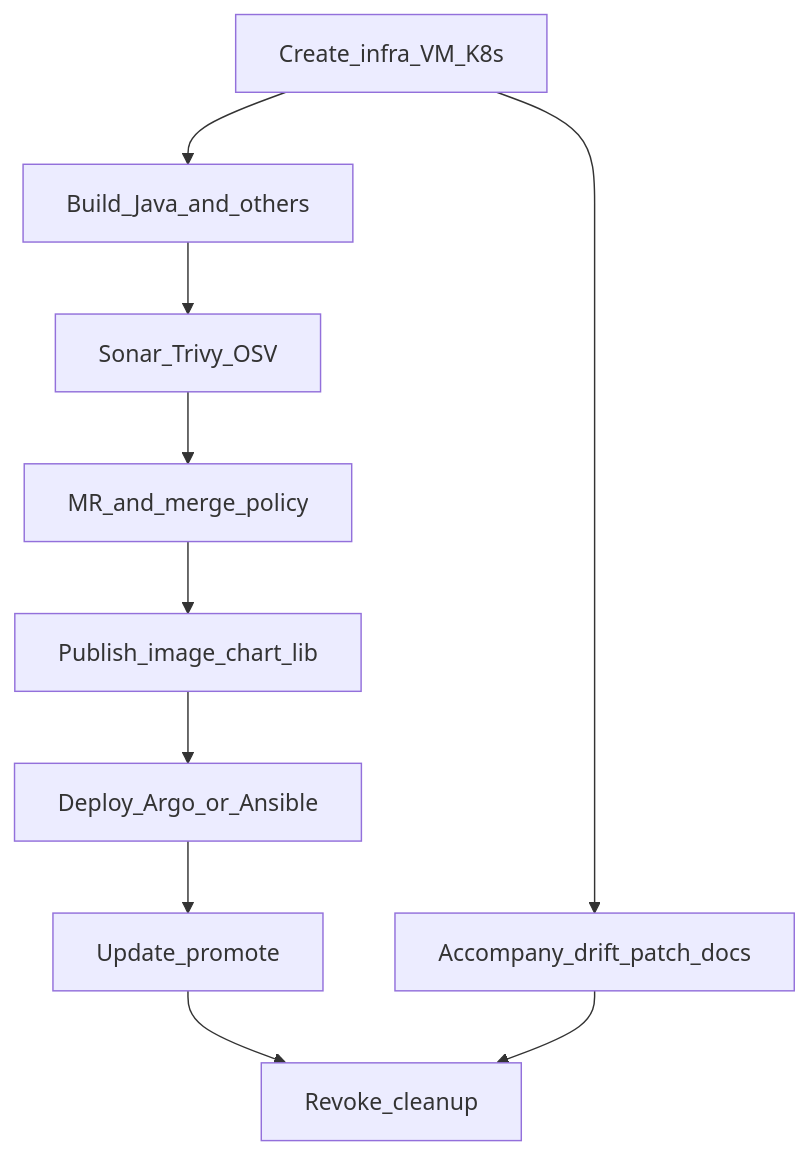
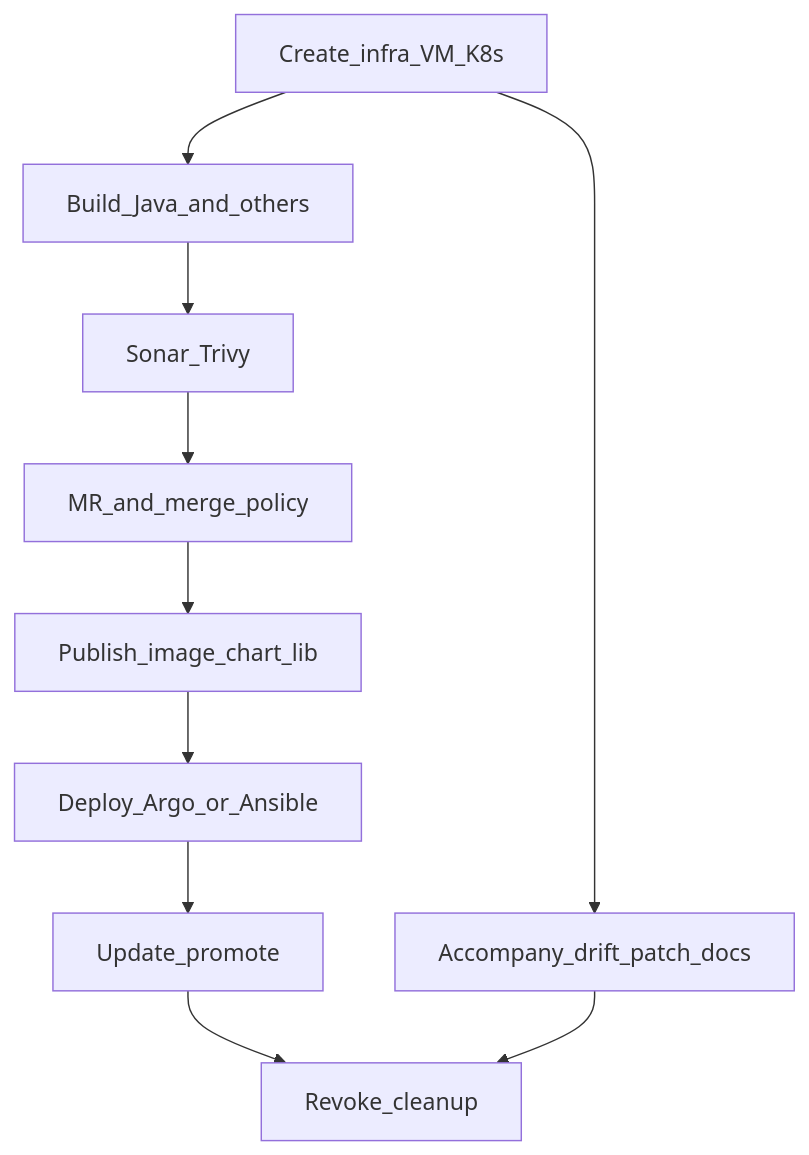
Before and after one commit to NarberallGamma/narberall-platform-engineer-lab: the third of 4 diagrams in diagrams/iac/ci-turnkey.md, drawn with Mermaid. The commit also changed other lines of this file and 226 other files, not shown here.

````diff
--- a/diagrams/iac/ci-turnkey.md
+++ b/diagrams/iac/ci-turnkey.md
@@ -27,12 +47,12 @@
 ```mermaid
 flowchart TB
   Create[Create_infra_VM_K8s] --> Accompany[Accompany_drift_patch_docs]
   Create --> Build[Build_Java_and_others]
-  Build --> Gates[Sonar_Trivy_OSV]
+  Build --> Gates[Sonar_Trivy]
   Gates --> MR[MR_and_merge_policy]
   MR --> Publish[Publish_image_chart_lib]
   Publish --> Deploy[Deploy_Argo_or_Ansible]
   Deploy --> Update[Update_promote]
   Update --> Revoke[Revoke_cleanup]
   Accompany --> Revoke
 ```
````
